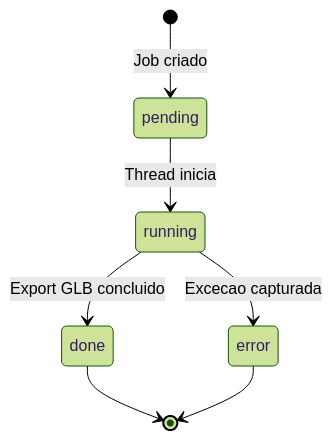
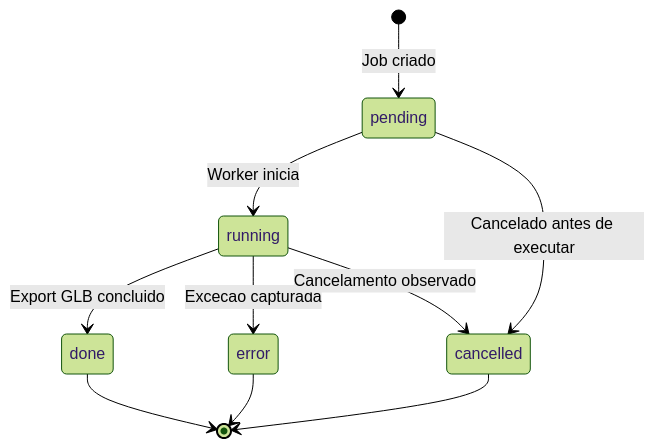
The fourth of 4 diagrams in docs/system-feature-flows.md (odevpedro/picture-to-3d), drawn with Mermaid (forest theme) before and after one commit. The commit also changed other lines of this file and 15 other files, not shown here.

````diff
--- a/docs/system-feature-flows.md
+++ b/docs/system-feature-flows.md
@@ -422,9 +423,12 @@
 ```mermaid
 stateDiagram-v2
     [*] --> pending: Job criado
-    pending --> running: Thread inicia
+    pending --> running: Worker inicia
+    pending --> cancelled: Cancelado antes de executar
     running --> done: Export GLB concluido
     running --> error: Excecao capturada
+    running --> cancelled: Cancelamento observado
     done --> [*]
     error --> [*]
+    cancelled --> [*]
 ```
````
